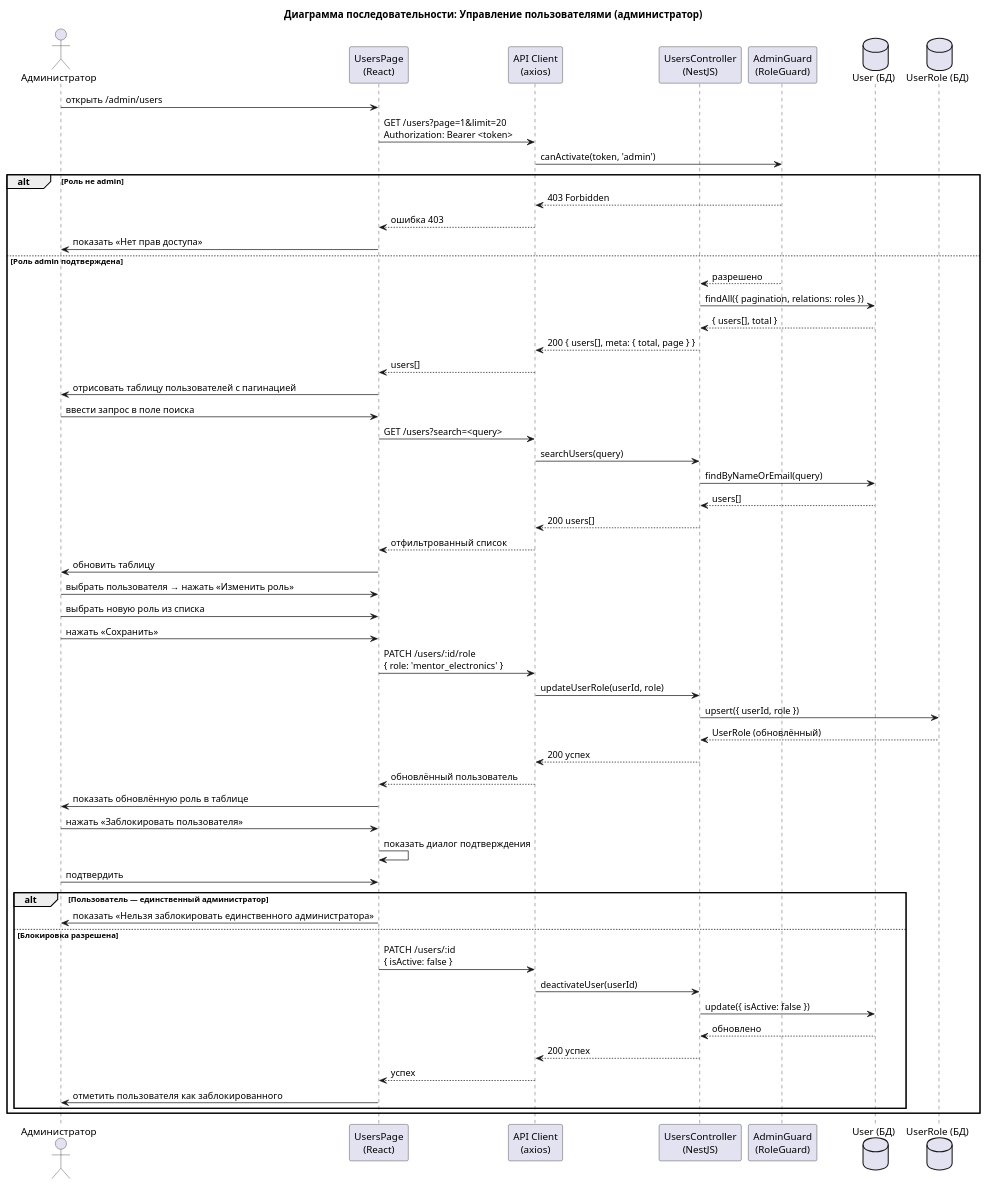
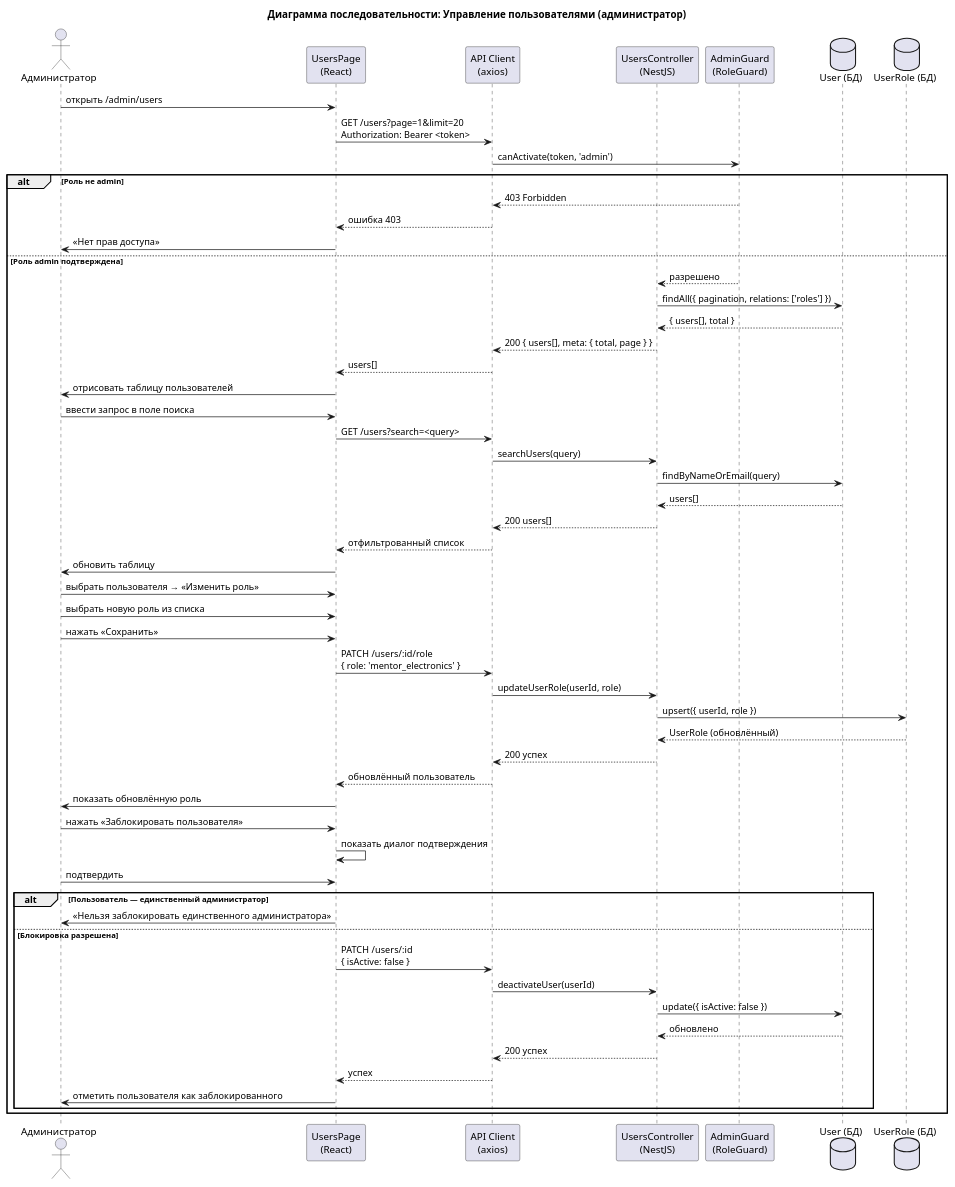
The diagram in пояснительная записка/diagrams/seq_12_manage_users.puml (DoniZefironi/ASOI-Diploma), drawn with PlantUML before and after one commit. The commit also changed 33 other files, not shown here.

```diff
--- a/пояснительная записка/diagrams/seq_12_manage_users.puml
+++ b/пояснительная записка/diagrams/seq_12_manage_users.puml
@@ -1,65 +1,65 @@
 @startuml
 title Диаграмма последовательности: Управление пользователями (администратор)
 
 actor Администратор as A
 participant "UsersPage\n(React)" as UP
 participant "API Client\n(axios)" as API
 participant "UsersController\n(NestJS)" as UC
 participant "AdminGuard\n(RoleGuard)" as AG
 database "User (БД)" as UDB
 database "UserRole (БД)" as URD
 
 A -> UP: открыть /admin/users
 UP -> API: GET /users?page=1&limit=20\nAuthorization: Bearer <token>
 API -> AG: canActivate(token, 'admin')
 
 alt Роль не admin
   AG --> API: 403 Forbidden
   API --> UP: ошибка 403
-  UP -> A: показать «Нет прав доступа»
+  UP -> A: «Нет прав доступа»
 else Роль admin подтверждена
   AG --> UC: разрешено
-  UC -> UDB: findAll({ pagination, relations: roles })
+  UC -> UDB: findAll({ pagination, relations: ['roles'] })
   UDB --> UC: { users[], total }
   UC --> API: 200 { users[], meta: { total, page } }
   API --> UP: users[]
-  UP -> A: отрисовать таблицу пользователей с пагинацией
+  UP -> A: отрисовать таблицу пользователей
 
   A -> UP: ввести запрос в поле поиска
   UP -> API: GET /users?search=<query>
   API -> UC: searchUsers(query)
   UC -> UDB: findByNameOrEmail(query)
   UDB --> UC: users[]
   UC --> API: 200 users[]
   API --> UP: отфильтрованный список
   UP -> A: обновить таблицу
 
-  A -> UP: выбрать пользователя → нажать «Изменить роль»
+  A -> UP: выбрать пользователя → «Изменить роль»
   A -> UP: выбрать новую роль из списка
   A -> UP: нажать «Сохранить»
   UP -> API: PATCH /users/:id/role\n{ role: 'mentor_electronics' }
   API -> UC: updateUserRole(userId, role)
   UC -> URD: upsert({ userId, role })
   URD --> UC: UserRole (обновлённый)
   UC --> API: 200 успех
   API --> UP: обновлённый пользователь
-  UP -> A: показать обновлённую роль в таблице
+  UP -> A: показать обновлённую роль
 
   A -> UP: нажать «Заблокировать пользователя»
   UP -> UP: показать диалог подтверждения
   A -> UP: подтвердить
 
   alt Пользователь — единственный администратор
-    UP -> A: показать «Нельзя заблокировать единственного администратора»
+    UP -> A: «Нельзя заблокировать единственного администратора»
   else Блокировка разрешена
     UP -> API: PATCH /users/:id\n{ isActive: false }
     API -> UC: deactivateUser(userId)
     UC -> UDB: update({ isActive: false })
     UDB --> UC: обновлено
     UC --> API: 200 успех
     API --> UP: успех
     UP -> A: отметить пользователя как заблокированного
   end
 end
 
 @enduml
```
